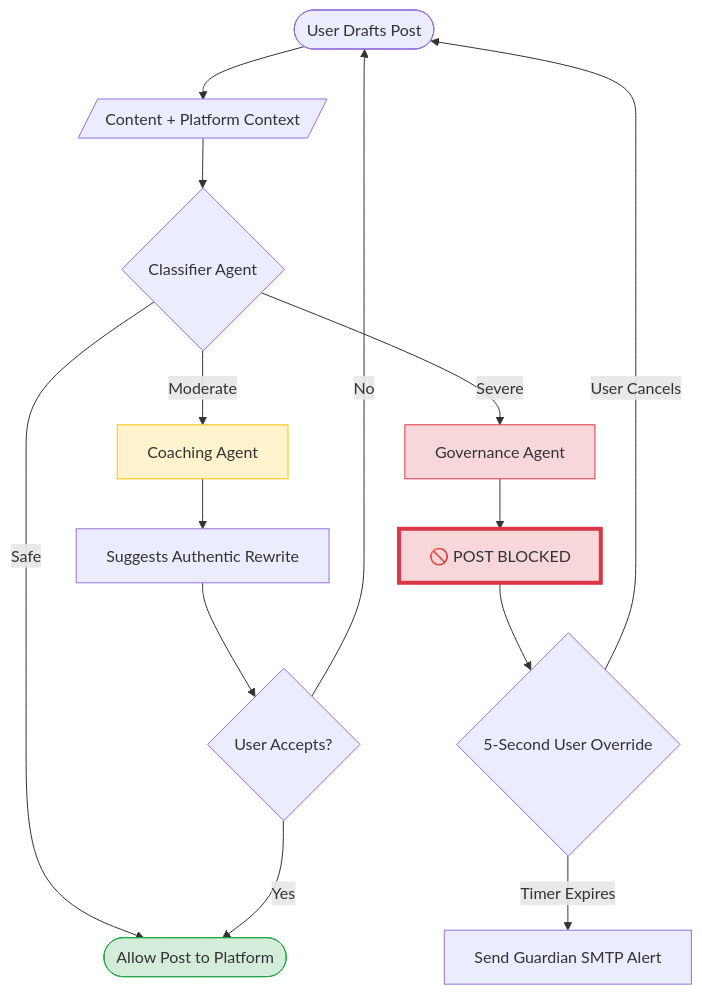
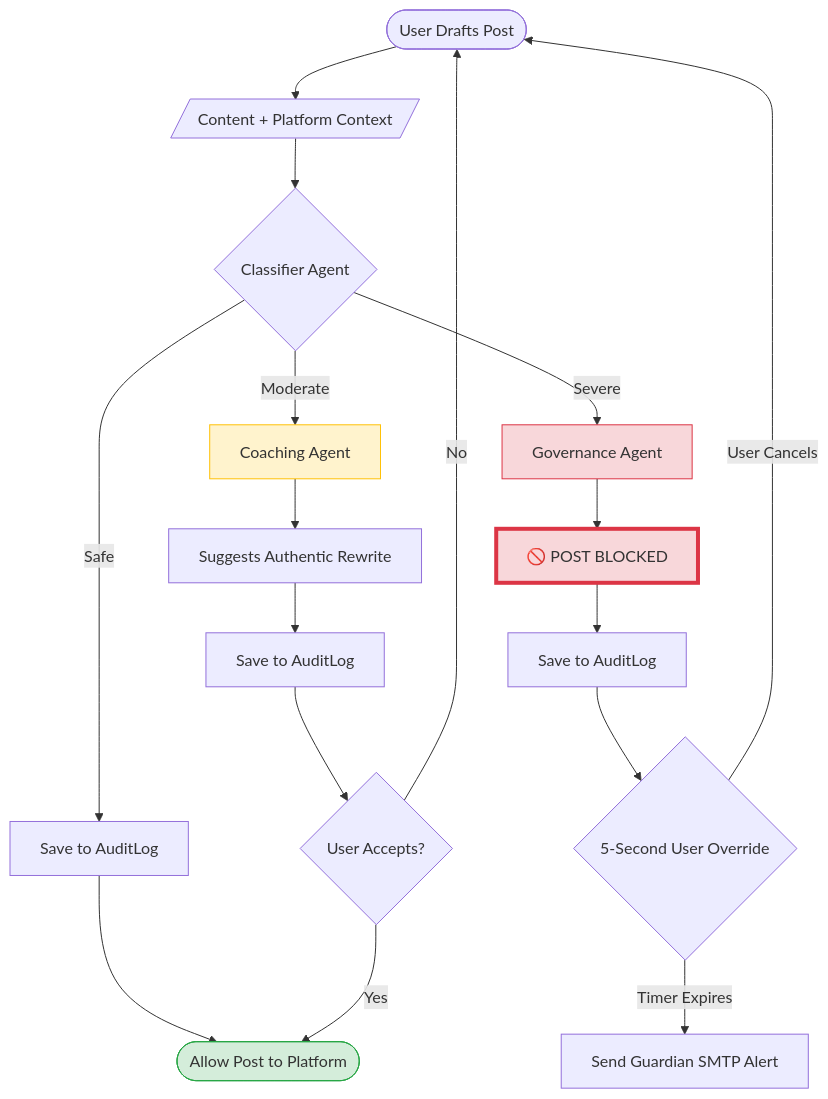
The diagram in README.md (asaikavya/MindShield), drawn with Mermaid before and after one commit. The commit also changed other lines of this file, not shown here.

````diff
--- a/README.md
+++ b/README.md
@@ -142,24 +154,27 @@
 ```mermaid
 flowchart TD
     Start([User Drafts Post]) --> Input[/Content + Platform Context/]
     Input --> Classifier{Classifier Agent}
 
-    Classifier -->|Safe| Publish([Allow Post to Platform])
+    Classifier -->|Safe| Audit1[Save to AuditLog]
+    Audit1 --> Publish([Allow Post to Platform])
     
     Classifier -->|Moderate| Coach[Coaching Agent]
     Coach --> Rewrite[Suggests Authentic Rewrite]
-    Rewrite --> UserChoice{User Accepts?}
+    Rewrite --> Audit2[Save to AuditLog]
+    Audit2 --> UserChoice{User Accepts?}
     UserChoice -->|Yes| Publish
     UserChoice -->|No| Start
 
     Classifier -->|Severe| Governor[Governance Agent]
     Governor --> Block[🚫 POST BLOCKED]
-    Block --> Timer{5-Second User Override}
+    Block --> Audit3[Save to AuditLog]
+    Audit3 --> Timer{5-Second User Override}
     Timer -->|User Cancels| Start
     Timer -->|Timer Expires| Alert[Send Guardian SMTP Alert]
 
     style Publish fill:#d4edda,stroke:#28a745
     style Coach fill:#fff3cd,stroke:#ffc107
     style Governor fill:#f8d7da,stroke:#dc3545
     style Block fill:#f8d7da,stroke:#dc3545,stroke-width:4px
 ```
````
